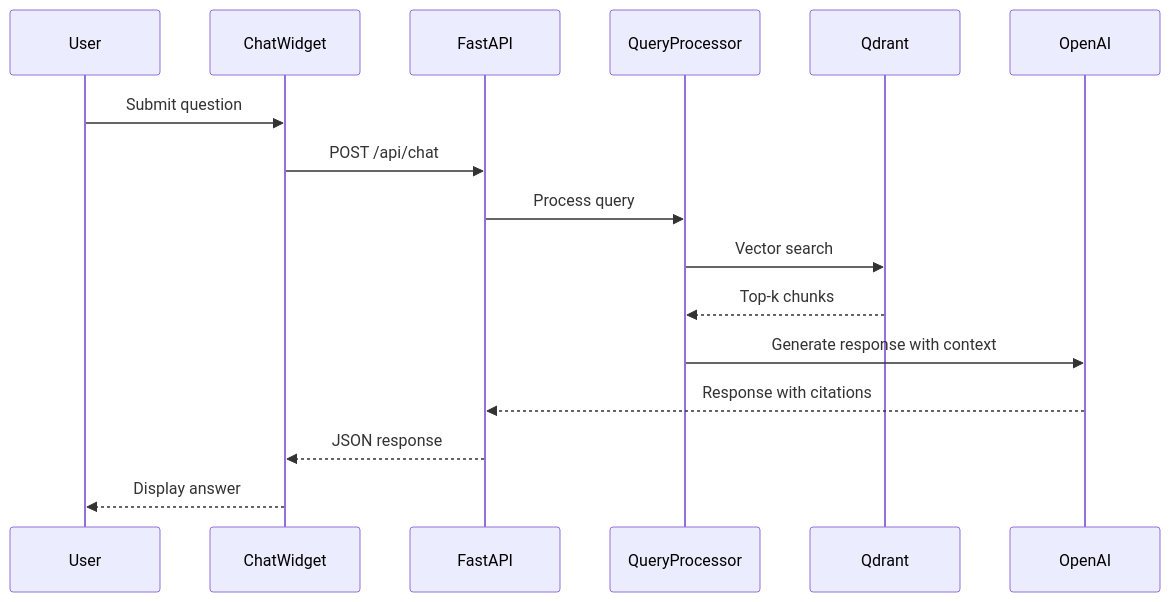
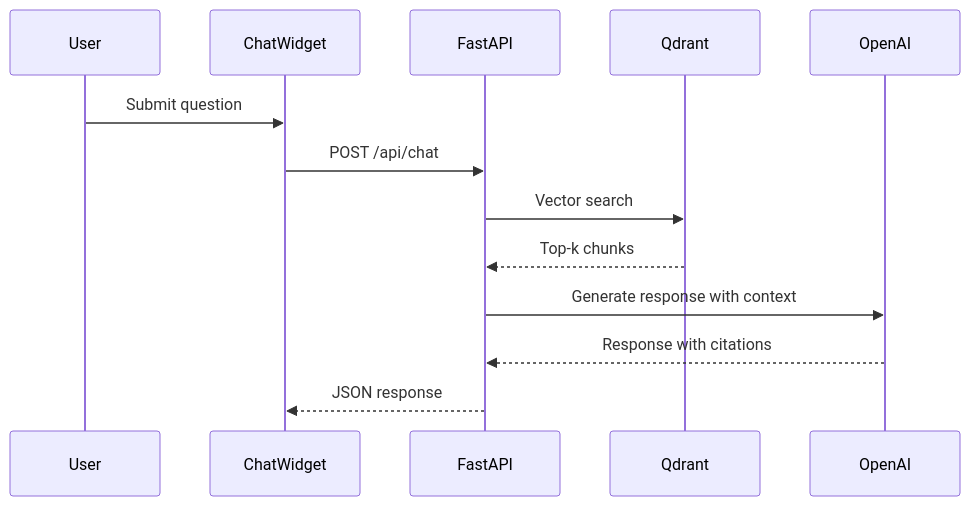
One commit to farazahmed7530/physical-ai-textbook changed the second of 2 diagrams in .kiro/specs/physical-ai-textbook/design.md. Above: the diagram before and after it, drawn with Mermaid. The commit also changed other lines of this file and 30 other files, not shown here.

Commit message:
Complete task 18: Chat API endpoint and history storage

````diff
--- a/.kiro/specs/physical-ai-textbook/design.md
+++ b/.kiro/specs/physical-ai-textbook/design.md
@@ -157,19 +106,10 @@
 ```mermaid
 sequenceDiagram
-    participant User
-    participant ChatWidget
-    participant FastAPI
-    participant QueryProcessor
-    participant Qdrant
-    participant OpenAI
-
     User->>ChatWidget: Submit question
     ChatWidget->>FastAPI: POST /api/chat
-    FastAPI->>QueryProcessor: Process query
-    QueryProcessor->>Qdrant: Vector search
-    Qdrant-->>QueryProcessor: Top-k chunks
-    QueryProcessor->>OpenAI: Generate response with context
+    FastAPI->>Qdrant: Vector search
+    Qdrant-->>FastAPI: Top-k chunks
+    FastAPI->>OpenAI: Generate response with context
     OpenAI-->>FastAPI: Response with citations
     FastAPI-->>ChatWidget: JSON response
-    ChatWidget-->>User: Display answer
 ```
````
